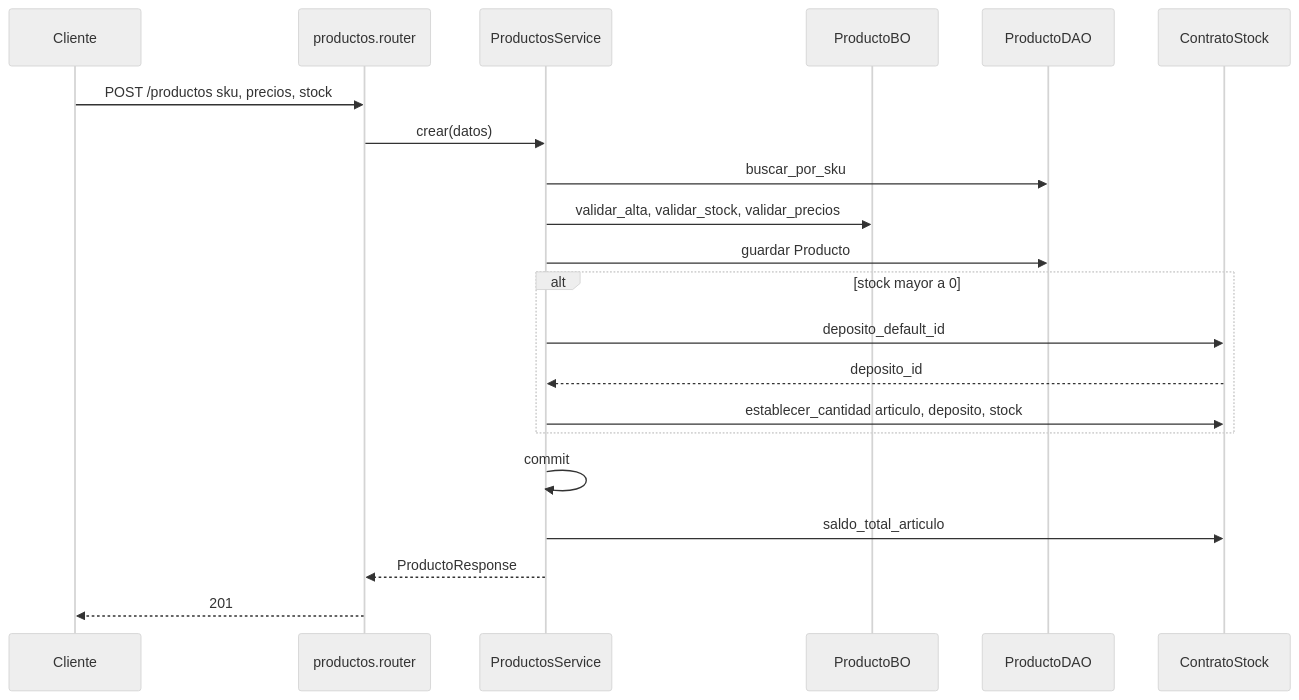
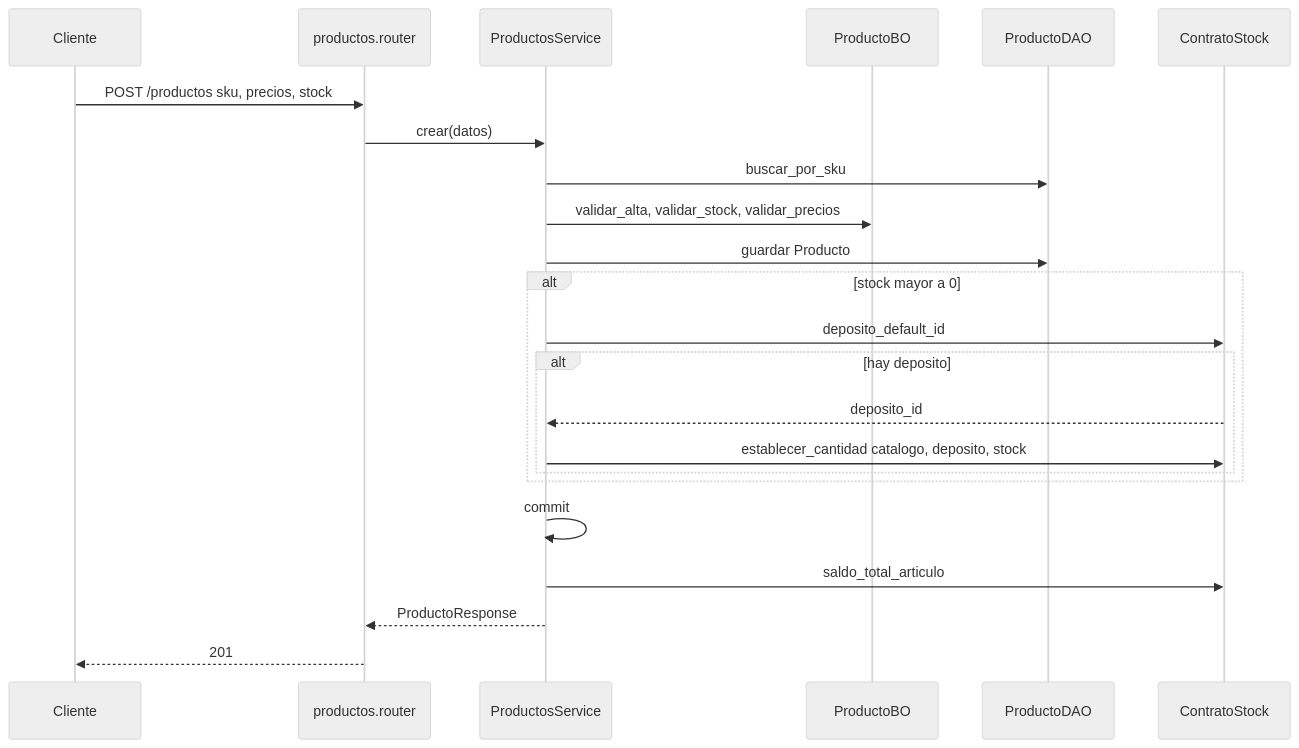
One commit to estsan3/ventas360-api changed the diagram in docs/diagramas/productos.md. Above: the diagram before and after it, drawn with Mermaid (neutral theme). The commit also changed other lines of this file and 21 other files, not shown here.

First line of the commit message:
docs: re-sincronizar diagramas de secuencia por módulo (2026-11-11)

````diff
--- a/docs/diagramas/productos.md
+++ b/docs/diagramas/productos.md
@@ -8,24 +8,26 @@
 ```mermaid
 sequenceDiagram
     participant Cliente
     participant Router as productos.router
     participant Service as ProductosService
     participant BO as ProductoBO
     participant DAO as ProductoDAO
     participant Stock as ContratoStock
 
     Cliente->>Router: POST /productos sku, precios, stock
     Router->>Service: crear(datos)
     Service->>DAO: buscar_por_sku
     Service->>BO: validar_alta, validar_stock, validar_precios
     Service->>DAO: guardar Producto
     alt stock mayor a 0
         Service->>Stock: deposito_default_id
-        Stock-->>Service: deposito_id
-        Service->>Stock: establecer_cantidad articulo, deposito, stock
+        alt hay deposito
+            Stock-->>Service: deposito_id
+            Service->>Stock: establecer_cantidad catalogo, deposito, stock
+        end
     end
     Service->>Service: commit
     Service->>Stock: saldo_total_articulo
     Service-->>Router: ProductoResponse
     Router-->>Cliente: 201
 ```
````
